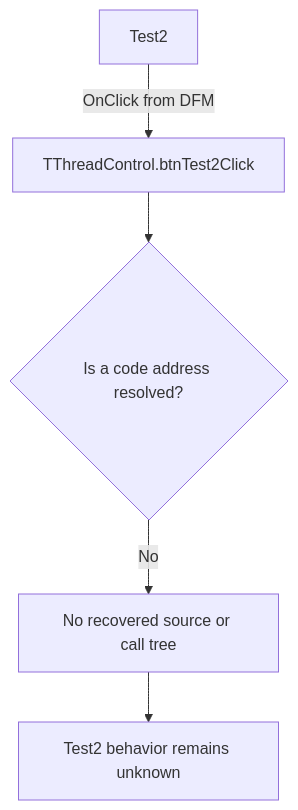
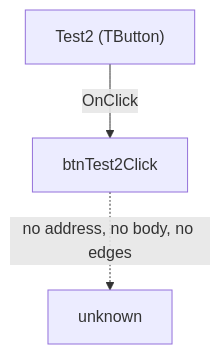
Before and after one commit to MovGP0/TIARA: the diagram in docs/ui-controls/threadcontrol/btntest2-ff57d5803c.md, drawn with Mermaid. The commit also changed other lines of this file and 106 other files, not shown here.

````diff
--- a/docs/ui-controls/threadcontrol/btntest2-ff57d5803c.md
+++ b/docs/ui-controls/threadcontrol/btntest2-ff57d5803c.md
@@ -29,7 +29,5 @@
 ```mermaid
 flowchart TD
-    control["Test2"] -->|OnClick from DFM| binding["TThreadControl.btnTest2Click"]
-    binding --> address{"Is a code address resolved?"}
-    address -->|No| gap["No recovered source or call tree"]
-    gap --> unknown["Test2 behavior remains unknown"]
+    control["Test2 (TButton)"] -->|"OnClick"| handler["btnTest2Click"]
+    handler -.->|"no address, no body, no edges"| gone["unknown"]
 ```
````
